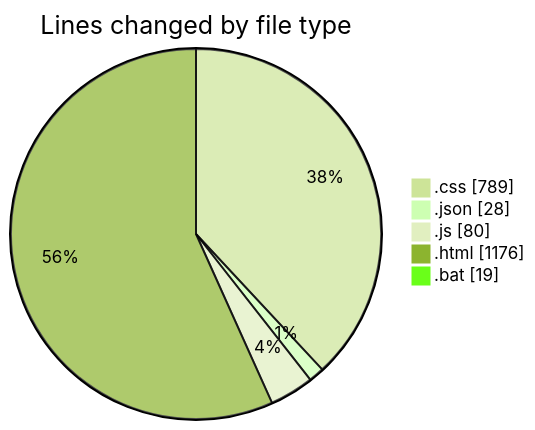
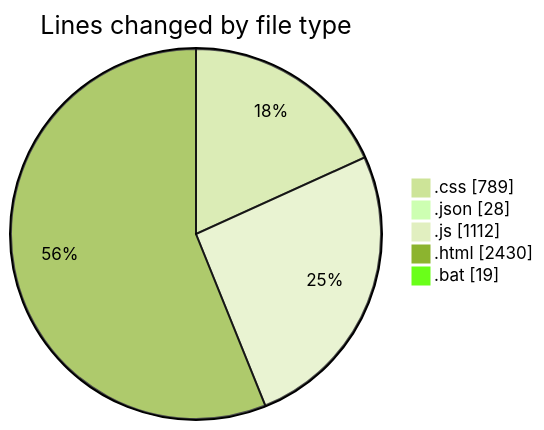
The first of 2 diagrams in 2026-02-18/bot_v1_2/README.md (becaeroporto-bot/code-tracking), drawn with Mermaid (forest theme) before and after one commit. The commit also changed other lines of this file and 1 other file, not shown here.

````diff
--- a/2026-02-18/bot_v1_2/README.md
+++ b/2026-02-18/bot_v1_2/README.md
@@ -27,9 +28,9 @@
 ```mermaid
 pie showData
 title Lines changed by file type
 ".css" : 789
 ".json" : 28
-".js" : 80
-".html" : 1176
+".js" : 1112
+".html" : 2430
 ".bat" : 19
 ```
````
